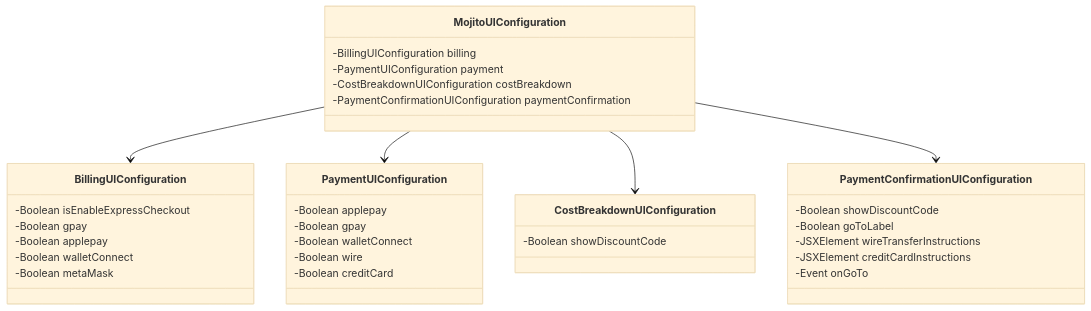
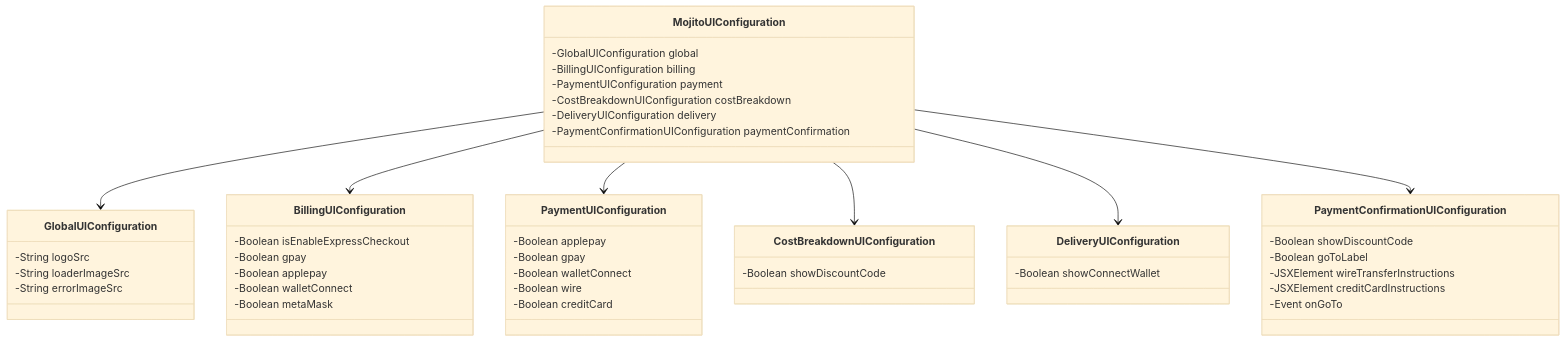
One commit to mojitoinc/mojito-mixer-v2 changed the diagram in architecture/architecture-class-configuration.mmd. Above: the diagram before and after it, drawn with Mermaid (base theme). The commit also changed 26 other files, not shown here.

```diff
--- a/architecture/architecture-class-configuration.mmd
+++ b/architecture/architecture-class-configuration.mmd
@@ -1,37 +1,52 @@
 classDiagram
 
+MojitoUIConfiguration --> GlobalUIConfiguration
 MojitoUIConfiguration --> BillingUIConfiguration
 MojitoUIConfiguration --> PaymentUIConfiguration
 MojitoUIConfiguration --> CostBreakdownUIConfiguration
+MojitoUIConfiguration --> DeliveryUIConfiguration
 MojitoUIConfiguration --> PaymentConfirmationUIConfiguration
 
 class MojitoUIConfiguration {
+    -GlobalUIConfiguration global
     -BillingUIConfiguration billing
     -PaymentUIConfiguration payment
     -CostBreakdownUIConfiguration costBreakdown
+    -DeliveryUIConfiguration delivery
     -PaymentConfirmationUIConfiguration paymentConfirmation
 }
+
+class GlobalUIConfiguration {
+    -String logoSrc
+    -String loaderImageSrc
+    -String errorImageSrc
+}
+
 class BillingUIConfiguration {
     -Boolean isEnableExpressCheckout
     -Boolean gpay
     -Boolean applepay
     -Boolean walletConnect
     -Boolean metaMask
 }
 class PaymentUIConfiguration {
     -Boolean applepay
     -Boolean gpay
     -Boolean walletConnect
     -Boolean wire
     -Boolean creditCard
 }
 class CostBreakdownUIConfiguration {
     -Boolean showDiscountCode
 }
 class PaymentConfirmationUIConfiguration {
     -Boolean showDiscountCode
     -Boolean goToLabel
     -JSXElement wireTransferInstructions
     -JSXElement creditCardInstructions
     -Event onGoTo
 }
+
+class DeliveryUIConfiguration {
+    -Boolean showConnectWallet
+}
```
